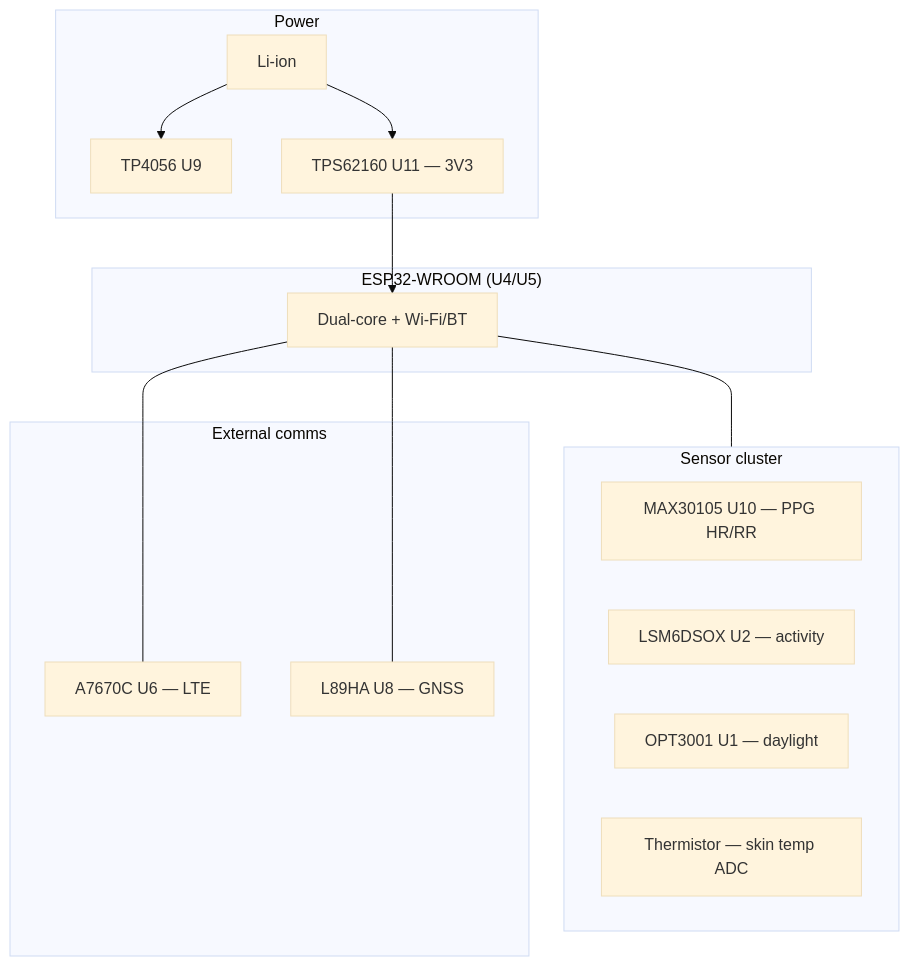
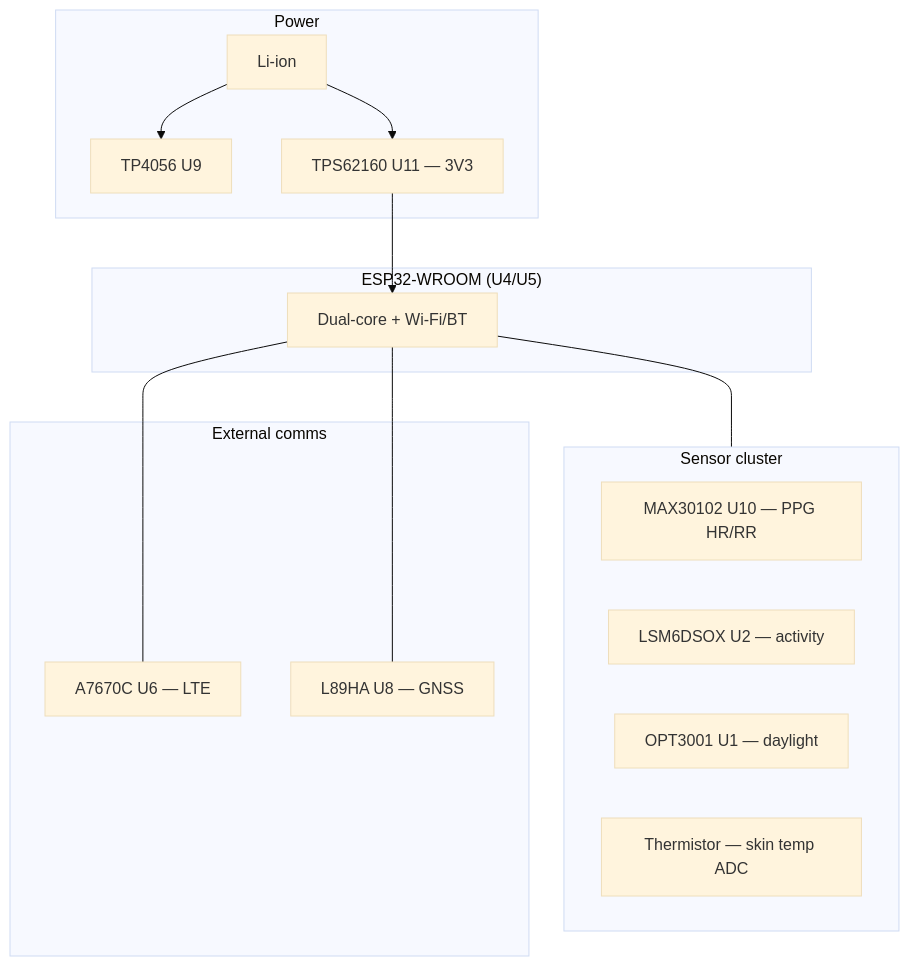
The diagram in docs/HARDWARE_PLATFORM.md (crazyman2001/Pet_collar), drawn with Mermaid (base theme) before and after one commit. The commit also changed other lines of this file and 4 other files, not shown here.

````diff
--- a/docs/HARDWARE_PLATFORM.md
+++ b/docs/HARDWARE_PLATFORM.md
@@ -9,31 +9,31 @@
 ```mermaid
 flowchart TB
     subgraph MCU["ESP32-WROOM (U4/U5)"]
         CPU[Dual-core + Wi-Fi/BT]
     end
 
     subgraph Sensors["Sensor cluster"]
-        PPG[MAX30105 U10 — PPG HR/RR]
+        PPG[MAX30102 U10 — PPG HR/RR]
         IMU[LSM6DSOX U2 — activity]
         ALS[OPT3001 U1 — daylight]
         THERM[Thermistor — skin temp ADC]
     end
 
     subgraph Comms["External comms"]
         MOD[A7670C U6 — LTE]
         GNSS[L89HA U8 — GNSS]
     end
 
     subgraph Power["Power"]
         BAT[Li-ion]
         CHG[TP4056 U9]
         DCDC[TPS62160 U11 — 3V3]
     end
 
     CPU --- Sensors
     CPU --- MOD
     CPU --- GNSS
     BAT --> CHG
     BAT --> DCDC
     DCDC --> CPU
 ```
````
